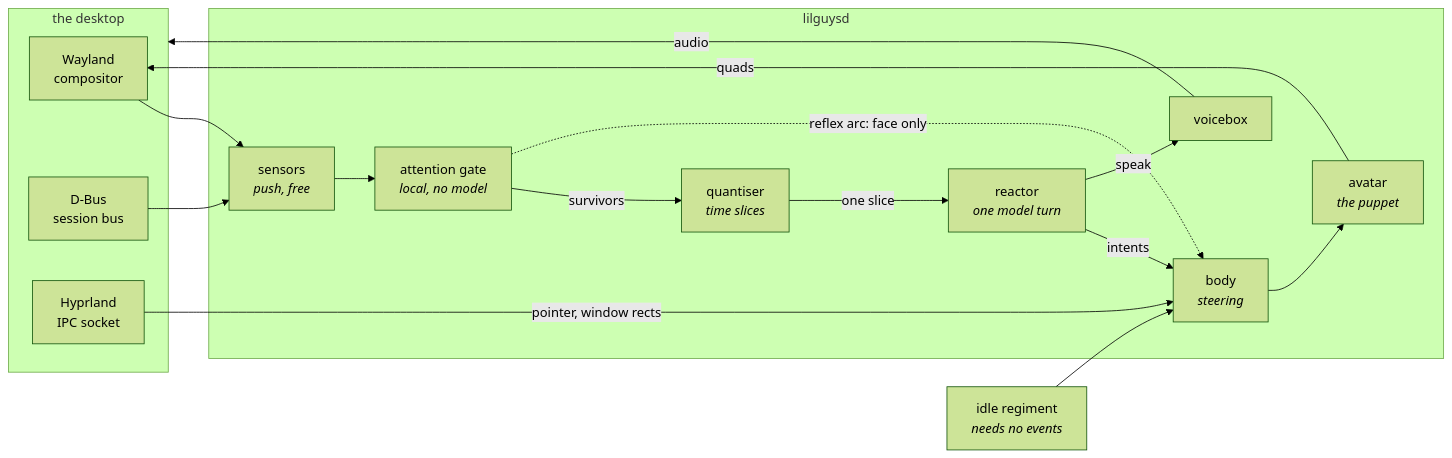
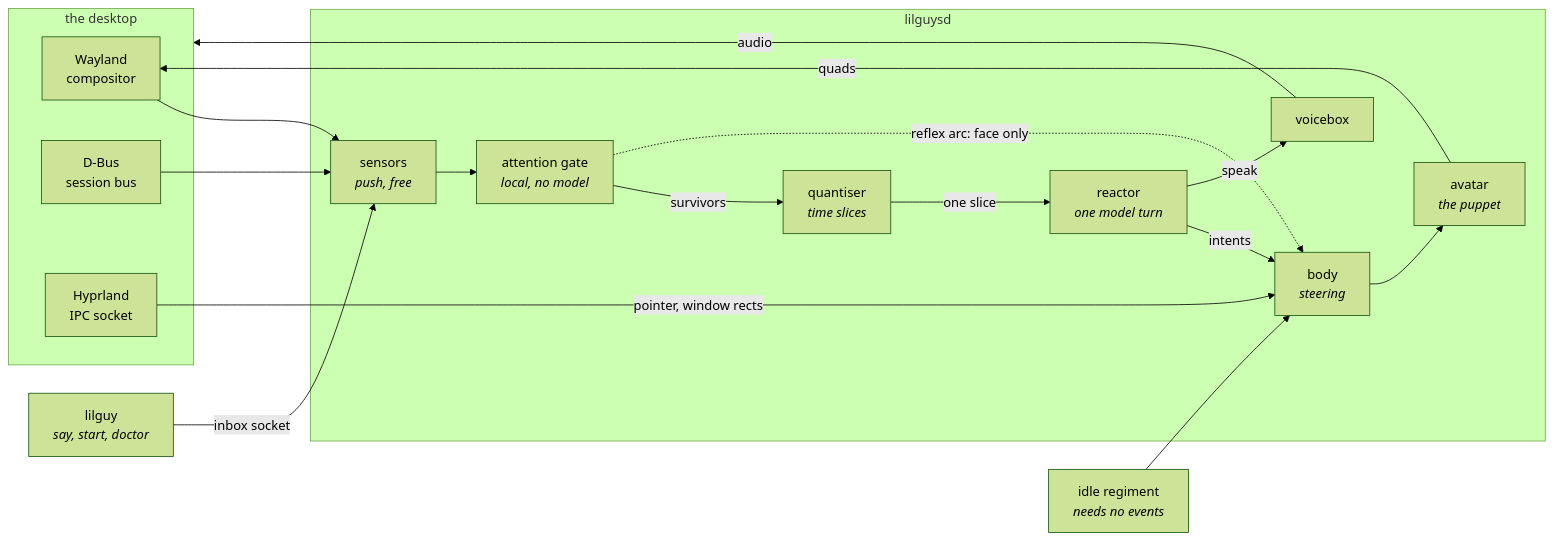
Before and after one commit to api-haus/lilguys: the first of 8 diagrams in docs/architecture.md, drawn with Mermaid (forest theme). The commit also changed other lines of this file and 16 other files, not shown here.

````diff
--- a/docs/architecture.md
+++ b/docs/architecture.md
@@ -15,33 +15,35 @@
 ```mermaid
 flowchart LR
     subgraph world["the desktop"]
         WL["Wayland<br/>compositor"]
         DB["D-Bus<br/>session bus"]
         IPC["Hyprland<br/>IPC socket"]
     end
 
     subgraph daemon["lilguysd"]
         SEN["sensors<br/><i>push, free</i>"]
         GATE["attention gate<br/><i>local, no model</i>"]
         QUANT["quantiser<br/><i>time slices</i>"]
         MIND["reactor<br/><i>one model turn</i>"]
         BODY["body<br/><i>steering</i>"]
         AV["avatar<br/><i>the puppet</i>"]
         VOX["voicebox"]
     end
 
+    CLI["lilguy<br/><i>say, start, doctor</i>"]
     WL --> SEN
     DB --> SEN
+    CLI -->|inbox socket| SEN
     IDLE["idle regiment<br/><i>needs no events</i>"]
     SEN --> GATE
     GATE -->|survivors| QUANT
     GATE -.->|reflex arc: face only| BODY
     IDLE --> BODY
     QUANT -->|one slice| MIND
     MIND -->|intents| BODY
     MIND -->|speak| VOX
     BODY --> AV
     IPC -->|pointer, window rects| BODY
     AV -->|quads| WL
     VOX -->|audio| world
 ```
````
